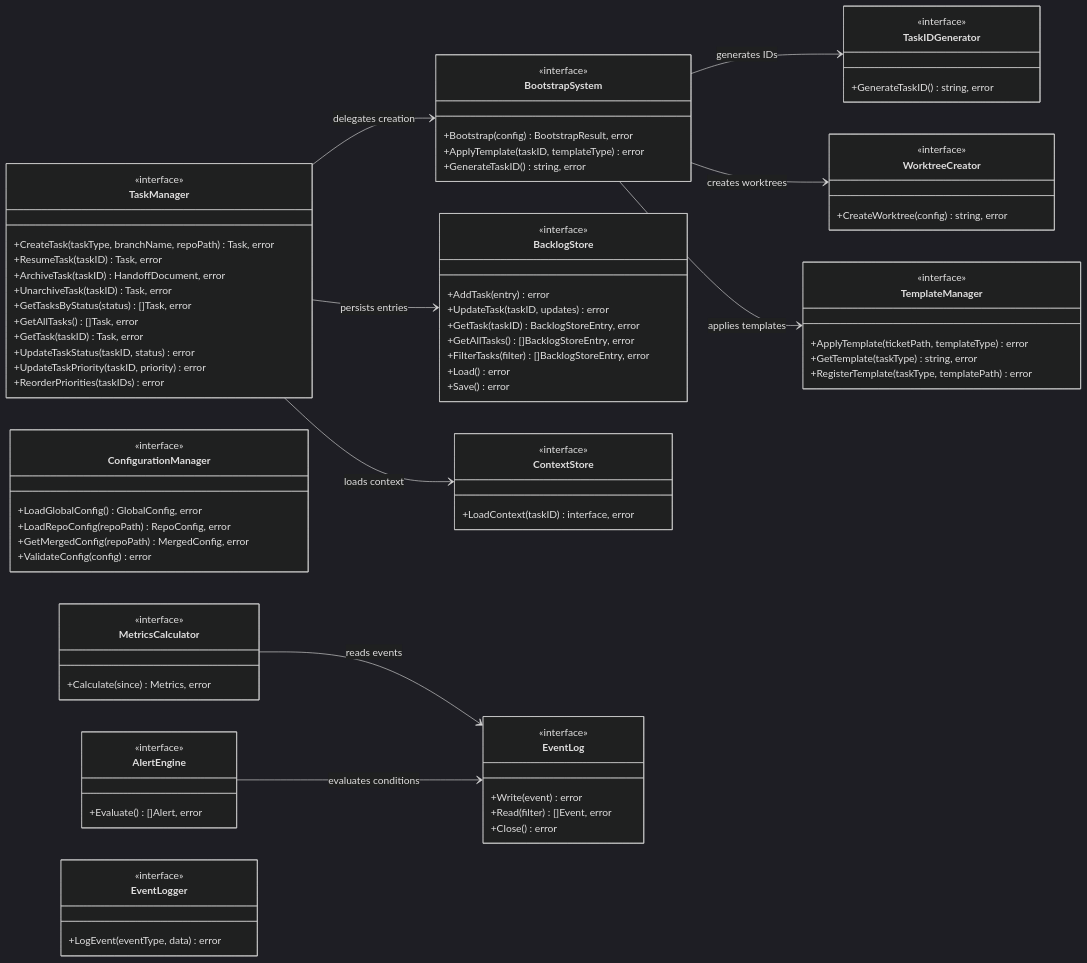
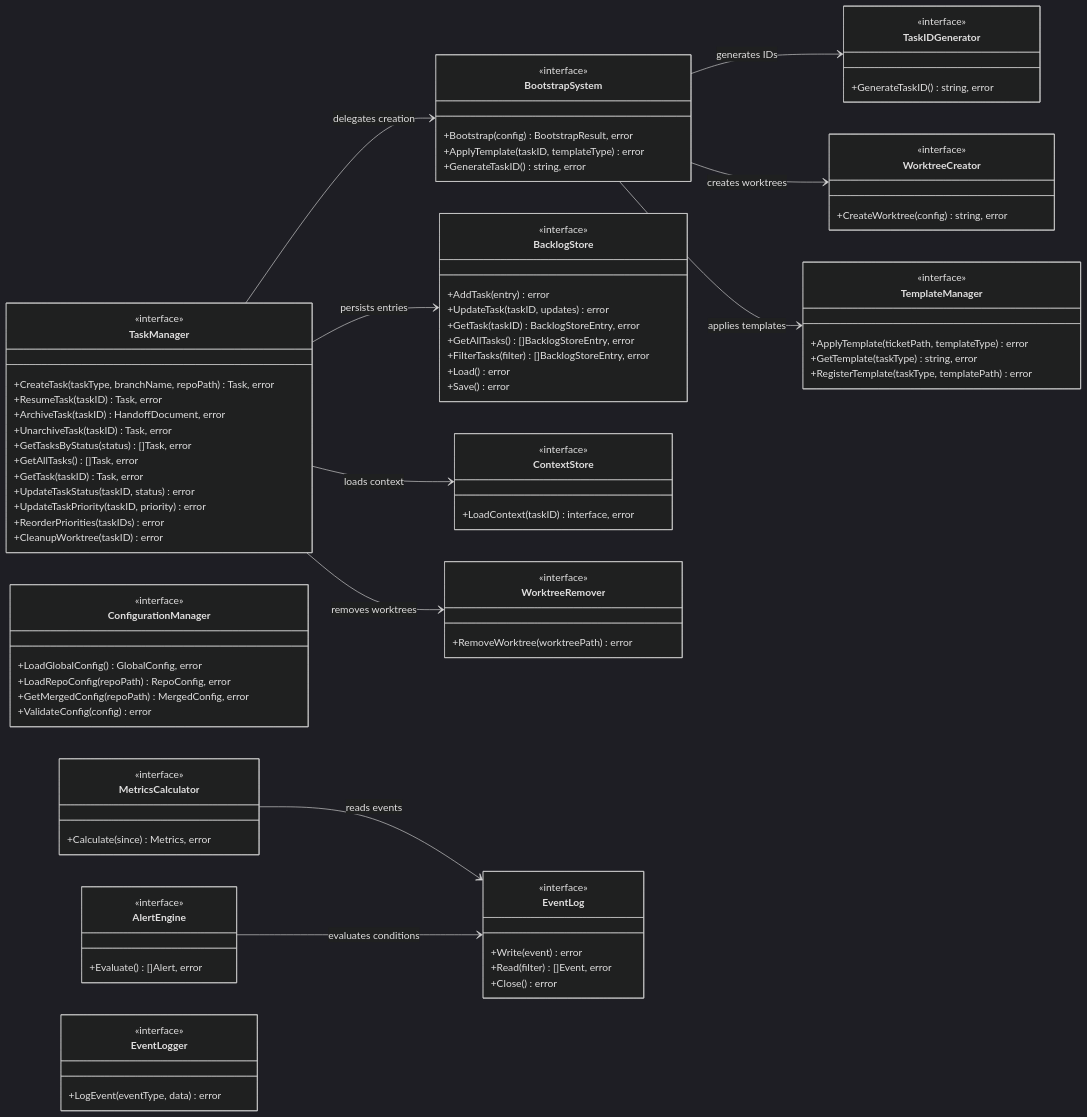
The second of 9 diagrams in docs/architecture.md (valter-silva-au/ai-dev-brain), drawn with Mermaid (dark theme) before and after one commit. The commit also changed other lines of this file and 5 other files, not shown here.

```diff
--- a/docs/architecture.md
+++ b/docs/architecture.md
@@ -133,6 +133,7 @@
         +UpdateTaskStatus(taskID, status) error
         +UpdateTaskPriority(taskID, priority) error
         +ReorderPriorities(taskIDs) error
+        +CleanupWorktree(taskID) error
     }
 
     class BootstrapSystem {
@@ -169,6 +170,11 @@
     class WorktreeCreator {
         <<interface>>
         +CreateWorktree(config) string, error
+    }
+
+    class WorktreeRemover {
+        <<interface>>
+        +RemoveWorktree(worktreePath) error
     }
 
     class TaskIDGenerator {
@@ -208,6 +214,7 @@
     TaskManager --> BootstrapSystem : delegates creation
     TaskManager --> BacklogStore : persists entries
     TaskManager --> ContextStore : loads context
+    TaskManager --> WorktreeRemover : removes worktrees
     BootstrapSystem --> TaskIDGenerator : generates IDs
     BootstrapSystem --> WorktreeCreator : creates worktrees
     BootstrapSystem --> TemplateManager : applies templates
```
